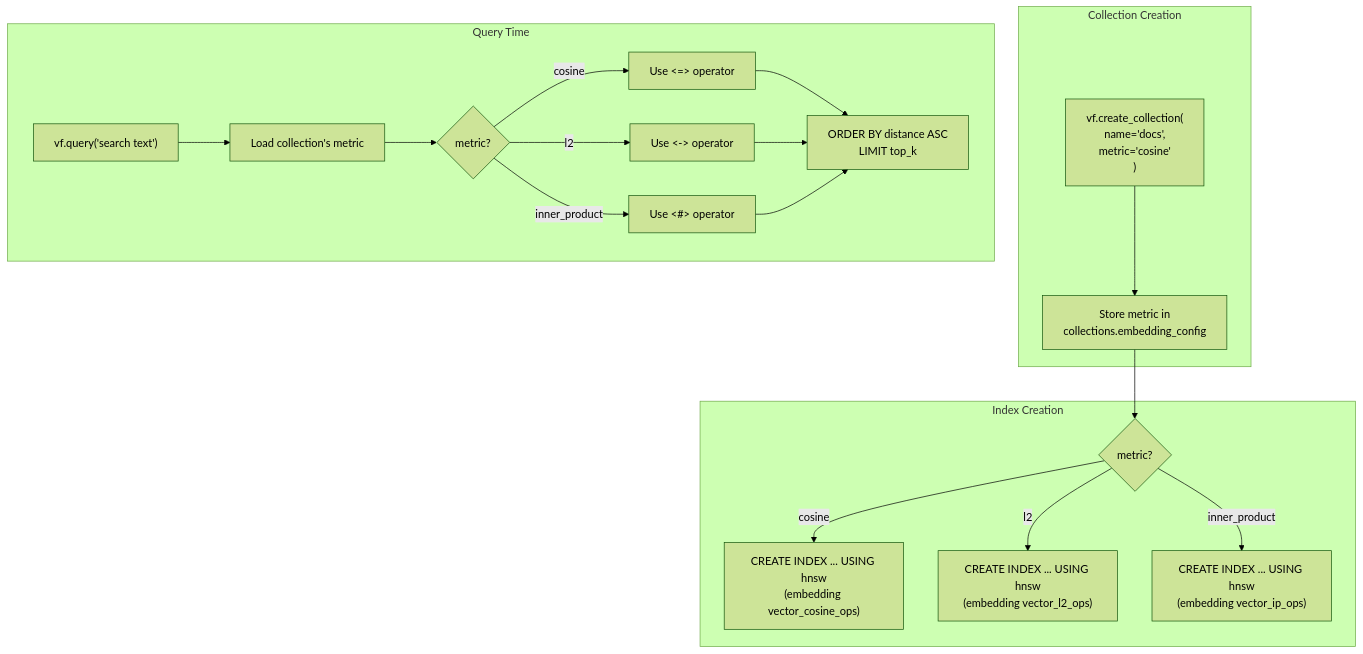
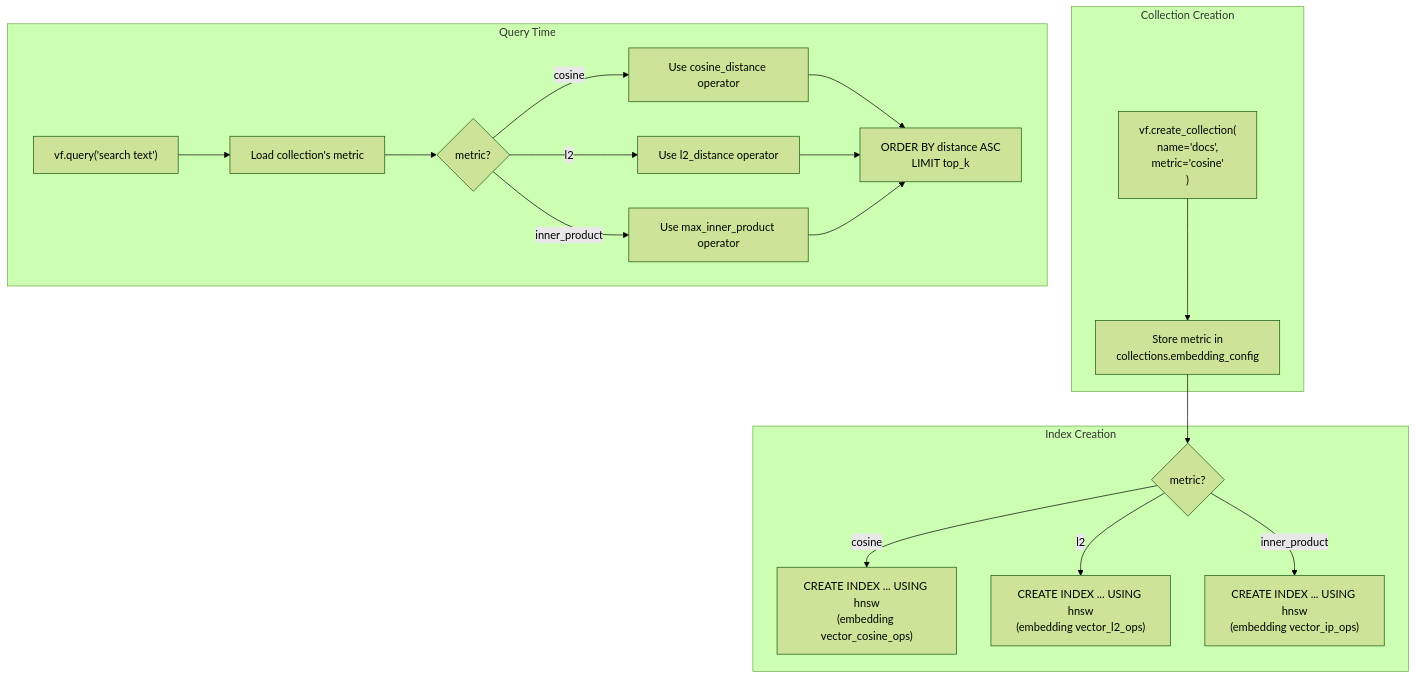
Before and after one commit to Hanna-Hinn/VectorForge: diagram 15 of 19 in planning/architecture-plan-v0.1.md, drawn with Mermaid (forest theme). The commit also changed 7 other files, not shown here.

````diff
--- a/planning/architecture-plan-v0.1.md
+++ b/planning/architecture-plan-v0.1.md
@@ -1044,24 +1044,24 @@
 ```mermaid
 flowchart TD
     subgraph "Collection Creation"
         Create["vf.create_collection(\n  name='docs',\n  metric='cosine'\n)"] --> Store["Store metric in\ncollections.embedding_config"]
     end
 
     subgraph "Index Creation"
         Store --> IndexCheck{"metric?"}
         IndexCheck -->|"cosine"| CosIdx["CREATE INDEX ... USING hnsw\n(embedding vector_cosine_ops)"]
         IndexCheck -->|"l2"| L2Idx["CREATE INDEX ... USING hnsw\n(embedding vector_l2_ops)"]
         IndexCheck -->|"inner_product"| IPIdx["CREATE INDEX ... USING hnsw\n(embedding vector_ip_ops)"]
     end
 
     subgraph "Query Time"
         Query["vf.query('search text')"] --> LoadMetric["Load collection's metric"]
         LoadMetric --> OpSelect{"metric?"}
-        OpSelect -->|"cosine"| CosOp["Use <=> operator"]
-        OpSelect -->|"l2"| L2Op["Use <-> operator"]
-        OpSelect -->|"inner_product"| IPOp["Use <#> operator"]
+        OpSelect -->|"cosine"| CosOp["Use cosine_distance operator"]
+        OpSelect -->|"l2"| L2Op["Use l2_distance operator"]
+        OpSelect -->|"inner_product"| IPOp["Use max_inner_product operator"]
         CosOp --> Results["ORDER BY distance ASC\nLIMIT top_k"]
         L2Op --> Results
         IPOp --> Results
     end
 ```
````
